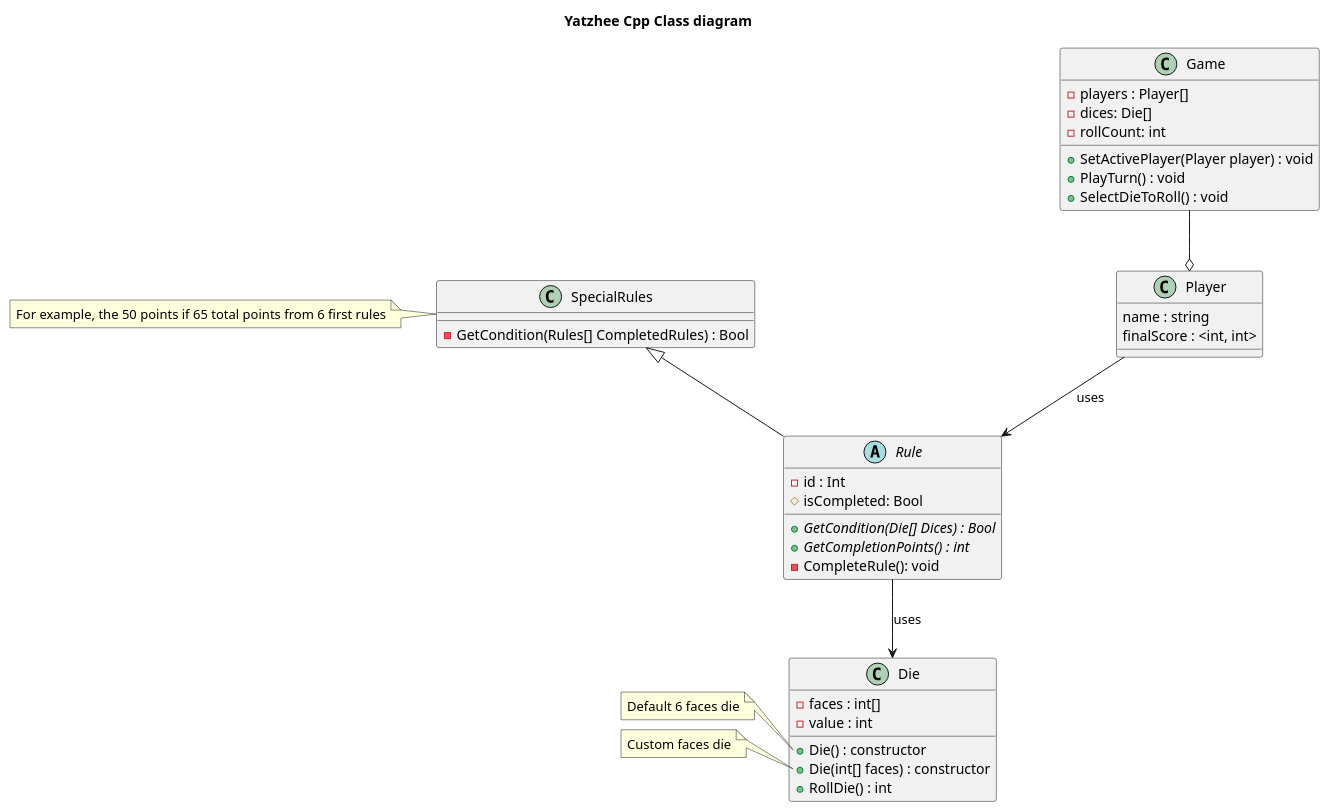
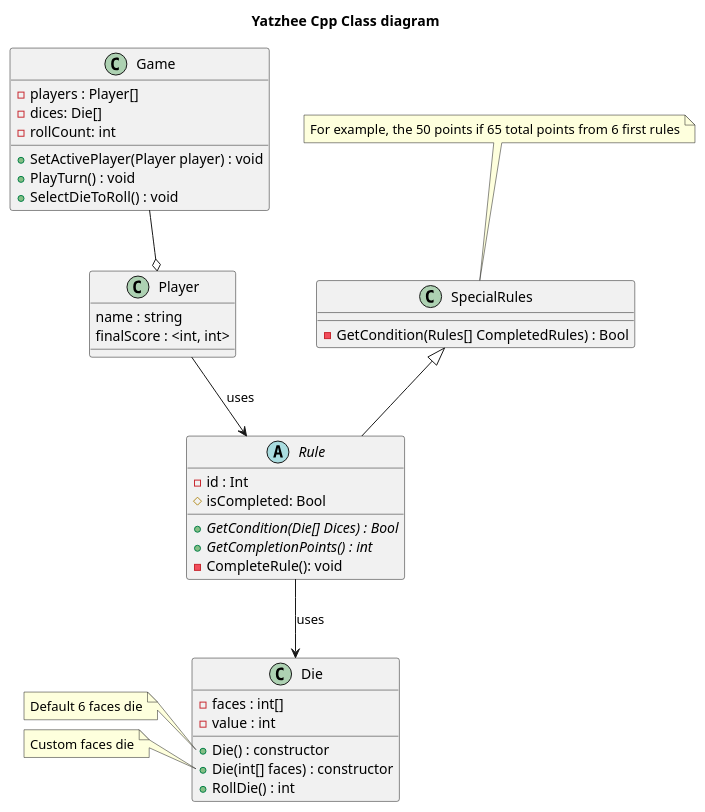
Before and after one commit to AntoineBouchardBergeron/Kata: the diagram in Yatzhee/Standalones/cpp/Yatzhee/classDiagram.plantuml, drawn with PlantUML. The commit also changed 17 other files, not shown here.

```diff
--- a/Yatzhee/Standalones/cpp/Yatzhee/classDiagram.plantuml
+++ b/Yatzhee/Standalones/cpp/Yatzhee/classDiagram.plantuml
@@ -1,60 +1,60 @@
 @startuml class
 
 title Yatzhee Cpp Class diagram
 
 class Die {
     - faces : int[]
     - value : int
     + Die() : constructor
     + Die(int[] faces) : constructor
     + RollDie() : int
 }
 
 note left of Die::Die()
     Default 6 faces die
 end note
 
 note left of Die::"Die(int[] faces)"
     Custom faces die
 end note
 
 abstract Rule {
     - id : Int
     # isCompleted: Bool
     + {abstract} GetCondition(Die[] Dices) : Bool
     + {abstract} GetCompletionPoints() : int
     - CompleteRule(): void
 }
 
 class SpecialRules {
     - GetCondition(Rules[] CompletedRules) : Bool
 }
 
-note left of SpecialRules
+note top of SpecialRules
     For example, the 50 points if 65 total points from 6 first rules
 end note
 
 Class Player {
     name : string
     finalScore : <int, int>
 } 
 
 note left of Player::score
     Dictionnary to kept track of Rules and points
 end note
 
 Class Game {
     - players : Player[]
     - dices: Die[]
     - rollCount: int
     + SetActivePlayer(Player player) : void
     + PlayTurn() : void
     + SelectDieToRoll() : void
 }
 
 SpecialRules <|-- Rule
 Player --> Rule : uses 
 Game --o Player
 Rule --> Die : uses
 
 @enduml
```
